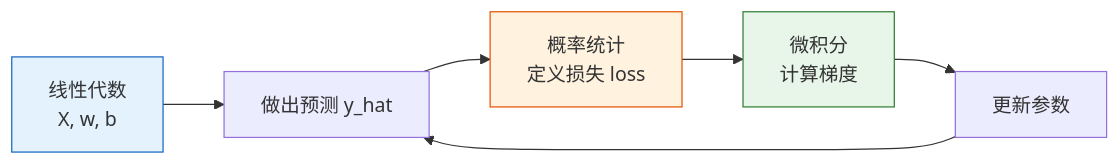
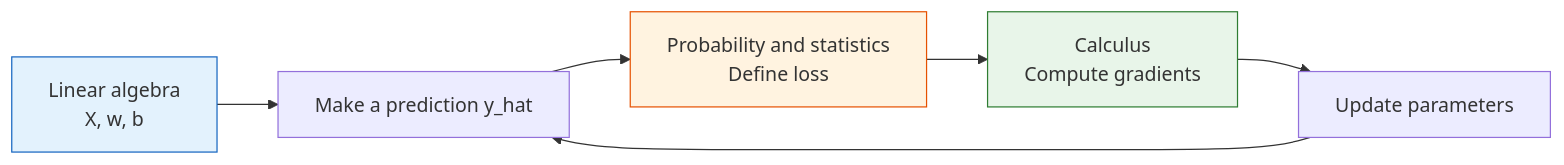
Before and after one commit to oudbiao/AI-fullstack-course: the first of 2 diagrams in docs/ch05-machine-learning/ch01-ml-basics/03-math-to-ml-bridge.md, drawn with Mermaid. The commit also changed other lines of this file and 1406 other files, not shown here.

````diff
--- a/docs/ch05-machine-learning/ch01-ml-basics/03-math-to-ml-bridge.md
+++ b/docs/ch05-machine-learning/ch01-ml-basics/03-math-to-ml-bridge.md
@@ -282,12 +282,12 @@
 ```mermaid
 flowchart LR
-    A["线性代数<br/>X, w, b"] --> B["做出预测 y_hat"]
-    B --> C["概率统计<br/>定义损失 loss"]
-    C --> D["微积分<br/>计算梯度"]
-    D --> E["更新参数"]
+    A["Linear algebra<br/>X, w, b"] --> B["Make a prediction y_hat"]
+    B --> C["Probability and statistics<br/>Define loss"]
+    C --> D["Calculus<br/>Compute gradients"]
+    D --> E["Update parameters"]
     E --> B
 
     style A fill:#e3f2fd,stroke:#1565c0,color:#333
     style C fill:#fff3e0,stroke:#e65100,color:#333
     style D fill:#e8f5e9,stroke:#2e7d32,color:#333
 ```
````
